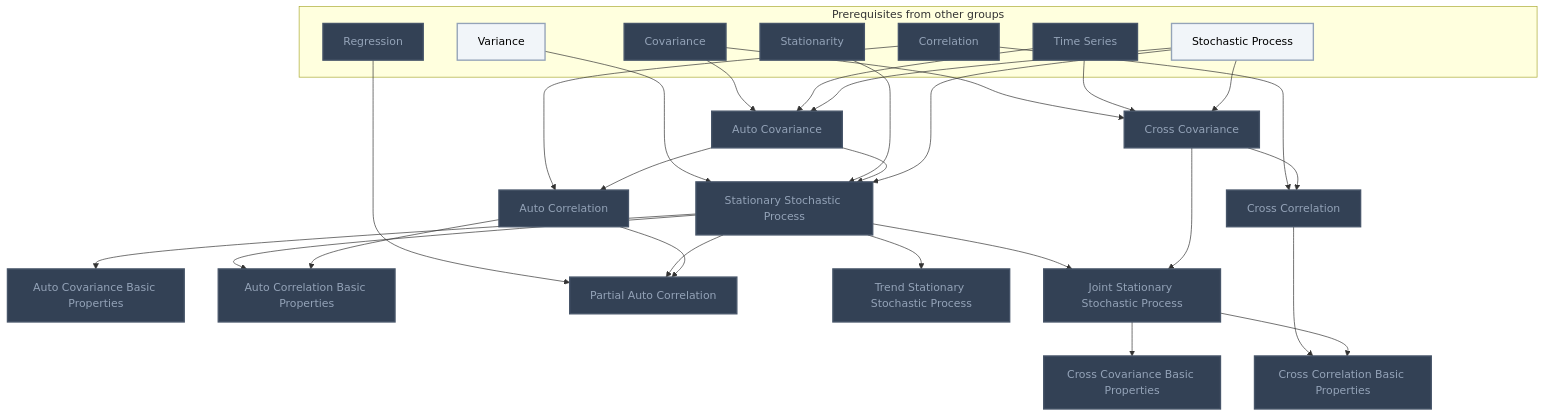
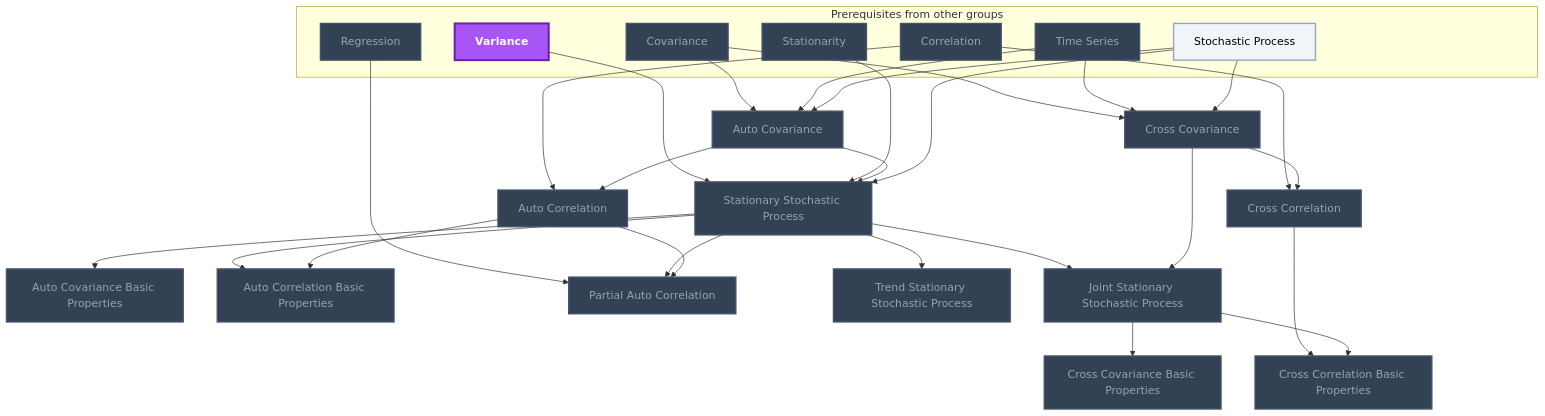
Before and after one commit to MRauf1/My-Notes: the second of 3 diagrams in Gamification/Skill Trees/Time Series Analysis.md, drawn with Mermaid. The commit also changed other lines of this file and 73 other files, not shown here.

````diff
--- a/Gamification/Skill Trees/Time Series Analysis.md
+++ b/Gamification/Skill Trees/Time Series Analysis.md
@@ -57,62 +58,63 @@
 ```mermaid
 flowchart TD
     classDef planned fill:#1E293B,stroke:#64748B,stroke-width:2px,stroke-dasharray:5 5,color:#94A3B8;
     classDef locked fill:#334155,stroke:#475569,stroke-width:2px,color:#94A3B8;
     classDef L0 fill:#F1F5F9,stroke:#94A3B8,stroke-width:2px,color:#000000;
     classDef L1 fill:#22C55E,stroke:#15803D,stroke-width:2px,color:#000000;
     classDef L2 fill:#3B82F6,stroke:#1D4ED8,stroke-width:3px,color:#FFFFFF;
     classDef L3 fill:#A855F7,stroke:#6B21A8,stroke-width:3px,color:#FFFFFF,font-weight:bold;
     classDef L4 fill:#F97316,stroke:#C2410C,stroke-width:4px,color:#000000,font-weight:bold;
     classDef L5 fill:#FFD700,stroke:#FF8C00,stroke-width:5px,color:#000000,font-weight:bold;
     classDef rusty stroke:#8B4513,stroke-width:4px,stroke-dasharray:3 3;
     subgraph sg_prereqs["Prerequisites from other groups"]
         n_covariance["Covariance"]
         n_time_series["Time Series"]
         n_variance["Variance"]
         n_stationarity["Stationarity"]
         n_correlation["Correlation"]
         n_regression["Regression"]
         n_stochastic_process["Stochastic Process"]
     end
     n_auto_covariance["Auto Covariance"]
     n_stationary_stochastic_process["Stationary Stochastic Process"]
     n_auto_covariance_basic_properties["Auto Covariance Basic Properties"]
     n_auto_correlation["Auto Correlation"]
     n_auto_correlation_basic_properties["Auto Correlation Basic Properties"]
     n_partial_auto_correlation["Partial Auto Correlation"]
     n_trend_stationary_stochastic_process["Trend Stationary Stochastic Process"]
     n_cross_covariance["Cross Covariance"]
     n_cross_correlation["Cross Correlation"]
     n_joint_stationary_stochastic_process["Joint Stationary Stochastic Process"]
     n_cross_covariance_basic_properties["Cross Covariance Basic Properties"]
     n_cross_correlation_basic_properties["Cross Correlation Basic Properties"]
     n_covariance --> n_auto_covariance
     n_time_series --> n_auto_covariance
     n_variance --> n_stationary_stochastic_process
     n_stationarity --> n_stationary_stochastic_process
     n_auto_covariance --> n_stationary_stochastic_process
     n_stationary_stochastic_process --> n_auto_covariance_basic_properties
     n_correlation --> n_auto_correlation
     n_auto_covariance --> n_auto_correlation
     n_stationary_stochastic_process --> n_auto_correlation_basic_properties
     n_auto_correlation --> n_auto_correlation_basic_properties
     n_regression --> n_partial_auto_correlation
     n_stationary_stochastic_process --> n_partial_auto_correlation
     n_auto_correlation --> n_partial_auto_correlation
     n_stationary_stochastic_process --> n_trend_stationary_stochastic_process
     n_covariance --> n_cross_covariance
     n_time_series --> n_cross_covariance
     n_correlation --> n_cross_correlation
     n_cross_covariance --> n_cross_correlation
     n_stationary_stochastic_process --> n_joint_stationary_stochastic_process
     n_cross_covariance --> n_joint_stationary_stochastic_process
     n_joint_stationary_stochastic_process --> n_cross_covariance_basic_properties
     n_cross_correlation --> n_cross_correlation_basic_properties
     n_joint_stationary_stochastic_process --> n_cross_correlation_basic_properties
     n_stochastic_process --> n_stationary_stochastic_process
     n_stochastic_process --> n_auto_covariance
     n_stochastic_process --> n_cross_covariance
     class n_covariance,n_time_series,n_stationarity,n_correlation,n_regression,n_auto_covariance,n_stationary_stochastic_process,n_auto_covariance_basic_properties,n_auto_correlation,n_auto_correlation_basic_properties,n_partial_auto_correlation,n_trend_stationary_stochastic_process,n_cross_covariance,n_cross_correlation,n_joint_stationary_stochastic_process,n_cross_covariance_basic_properties,n_cross_correlation_basic_properties locked;
-    class n_variance,n_stochastic_process L0;
+    class n_stochastic_process L0;
+    class n_variance L3;
     class n_covariance,n_time_series,n_variance,n_stationarity,n_correlation,n_regression,n_stochastic_process,n_auto_covariance,n_stationary_stochastic_process,n_auto_covariance_basic_properties,n_auto_correlation,n_auto_correlation_basic_properties,n_partial_auto_correlation,n_trend_stationary_stochastic_process,n_cross_covariance,n_cross_correlation,n_joint_stationary_stochastic_process,n_cross_covariance_basic_properties,n_cross_correlation_basic_properties internal-link;
 ```
````
